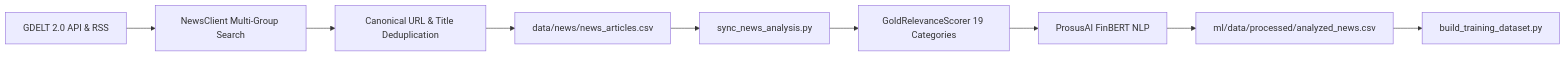
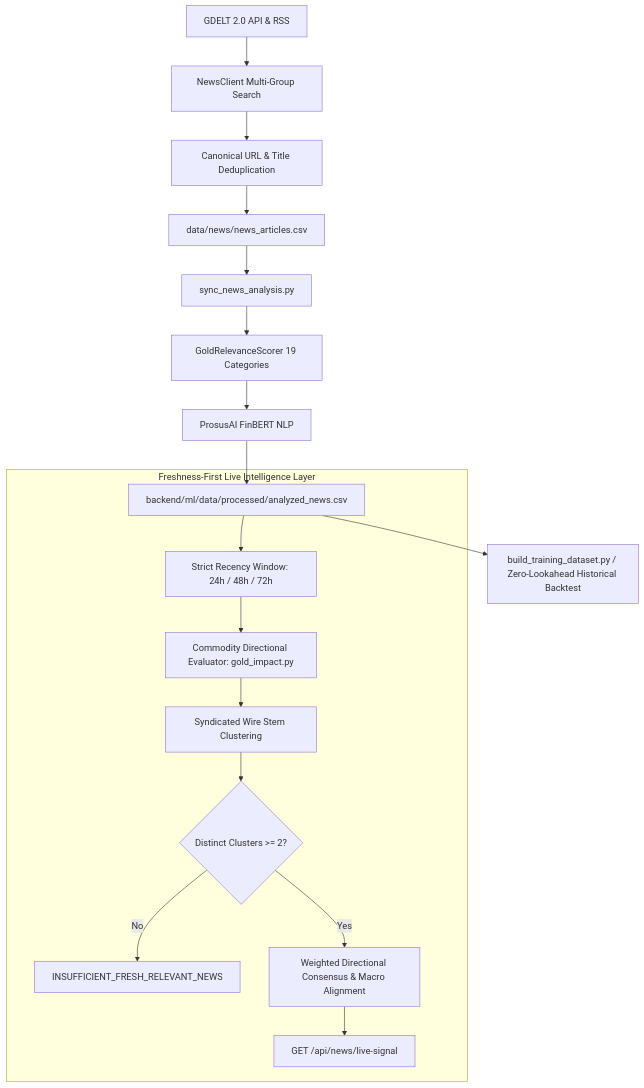
Before and after one commit to Dhruv-vm/GoldSense-AI: the diagram in docs/news/NEWS_PIPELINE.md, drawn with Mermaid. The commit also changed other lines of this file and 17 other files, not shown here.

Commit message:
feat(news): implement freshness-first live news signal, domain bullion impact, and decoupled macro consensus

````diff
--- a/docs/news/NEWS_PIPELINE.md
+++ b/docs/news/NEWS_PIPELINE.md
@@ -5,11 +5,22 @@
 ```mermaid
-flowchart LR
+flowchart TD
     GDELT[GDELT 2.0 API & RSS] --> Collector[NewsClient Multi-Group Search]
     Collector --> Dedupe[Canonical URL & Title Deduplication]
     Dedupe --> RawCSV[data/news/news_articles.csv]
     RawCSV --> Sync[sync_news_analysis.py]
     Sync --> Filter[GoldRelevanceScorer 19 Categories]
     Filter --> FinBERT[ProsusAI FinBERT NLP]
-    FinBERT --> AnalyzedCSV[ml/data/processed/analyzed_news.csv]
-    AnalyzedCSV --> MLMerge[build_training_dataset.py]
+    FinBERT --> AnalyzedCSV[backend/ml/data/processed/analyzed_news.csv]
+
+    subgraph LiveIntelligence["Freshness-First Live Intelligence Layer"]
+        AnalyzedCSV --> RecencyFilter[Strict Recency Window: 24h / 48h / 72h]
+        RecencyFilter --> ImpactEval[Commodity Directional Evaluator: gold_impact.py]
+        ImpactEval --> WireClustering[Syndicated Wire Stem Clustering]
+        WireClustering --> ThresholdGuard{Distinct Clusters >= 2?}
+        ThresholdGuard -->|No| InsufficientStatus[INSUFFICIENT_FRESH_RELEVANT_NEWS]
+        ThresholdGuard -->|Yes| NetConsensus[Weighted Directional Consensus & Macro Alignment]
+        NetConsensus --> LiveSignalEndpoint[GET /api/news/live-signal]
+    end
+
+    AnalyzedCSV --> MLMerge[build_training_dataset.py / Zero-Lookahead Historical Backtest]
 ```
````
